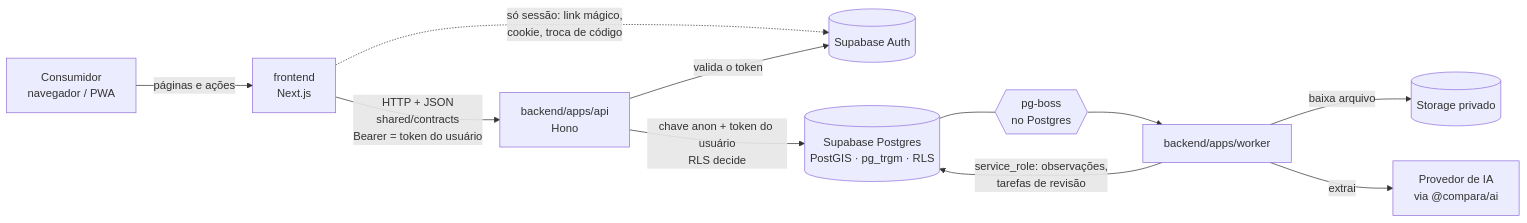
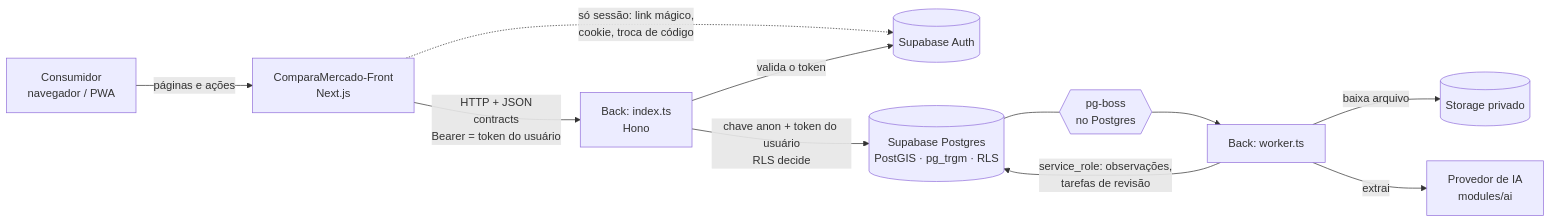
The diagram in docs/architecture.md (kauabuhs/compara-mercado), drawn with Mermaid before and after one commit. The commit also changed other lines of this file and 26 other files, not shown here.

````diff
--- a/docs/architecture.md
+++ b/docs/architecture.md
@@ -17,13 +17,13 @@
 ```mermaid
 flowchart LR
-  U[Consumidor<br/>navegador / PWA] -->|páginas e ações| FE[frontend<br/>Next.js]
-  FE -->|HTTP + JSON<br/>shared/contracts<br/>Bearer = token do usuário| API[backend/apps/api<br/>Hono]
+  U[Consumidor<br/>navegador / PWA] -->|páginas e ações| FE[ComparaMercado-Front<br/>Next.js]
+  FE -->|HTTP + JSON<br/>contracts<br/>Bearer = token do usuário| API[Back: index.ts<br/>Hono]
   FE -.->|só sessão: link mágico,<br/>cookie, troca de código| AUTH[(Supabase Auth)]
   API -->|chave anon + token do usuário<br/>RLS decide| DB[(Supabase Postgres<br/>PostGIS · pg_trgm · RLS)]
   API -->|valida o token| AUTH
   DB --- Q{{pg-boss<br/>no Postgres}}
-  Q --> WK[backend/apps/worker]
+  Q --> WK[Back: worker.ts]
   WK -->|service_role: observações,<br/>tarefas de revisão| DB
   WK -->|baixa arquivo| ST[(Storage privado)]
-  WK -->|extrai| AI[Provedor de IA<br/>via @compara/ai]
+  WK -->|extrai| AI[Provedor de IA<br/>modules/ai]
 ```
````
